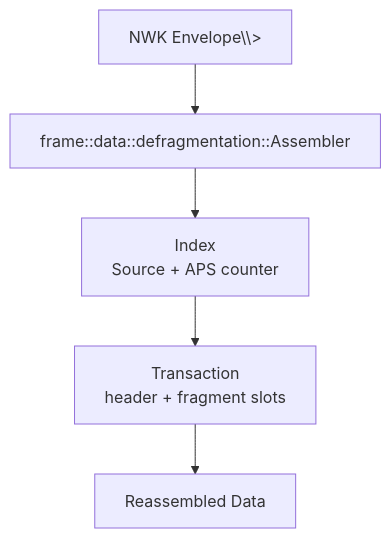
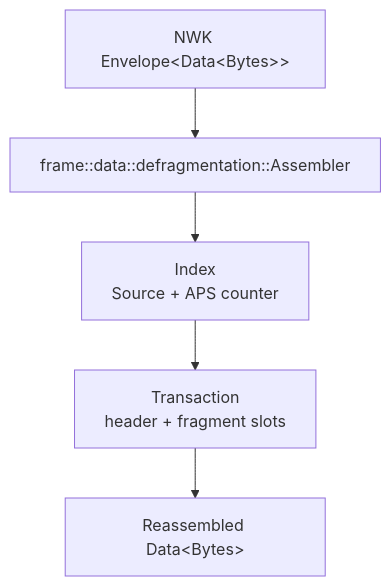
Before and after one commit to PaulmannLighting/apis-saltans: the diagram in apis-saltans-aps/ARCHITECTURE.md, drawn with Mermaid.

Commit message:
Fix angle brackets.

````diff
--- a/apis-saltans-aps/ARCHITECTURE.md
+++ b/apis-saltans-aps/ARCHITECTURE.md
@@ -6,13 +6,13 @@
 ```mermaid
 flowchart TD
-    Envelope["NWK Envelope\<Data\<Bytes\>\>"]
+    Envelope["NWK Envelope&lt;Data&lt;Bytes&gt;&gt;"]
     Assembler["frame::data::defragmentation::Assembler"]
     Index["Index<br/>Source + APS counter"]
     Transaction["Transaction<br/>header + fragment slots"]
-    Frame["Reassembled Data<Bytes>"]
+    Frame["Reassembled Data&lt;Bytes&gt;"]
 
     Envelope --> Assembler
     Assembler --> Index
     Index --> Transaction
     Transaction --> Frame
 ```
````
